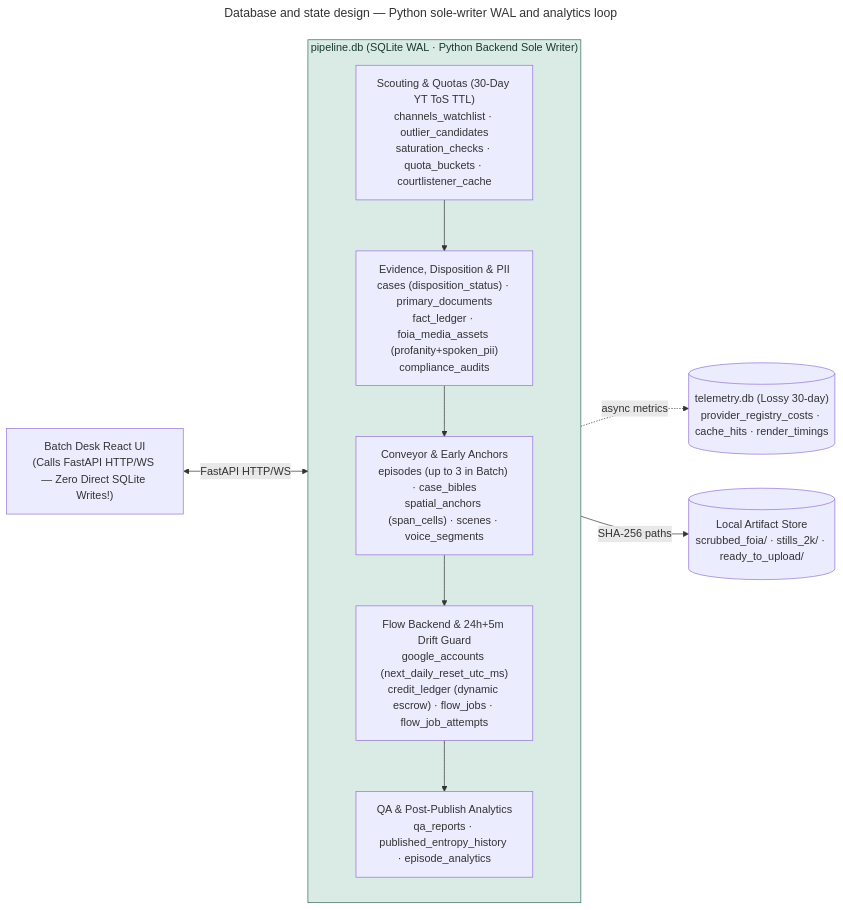
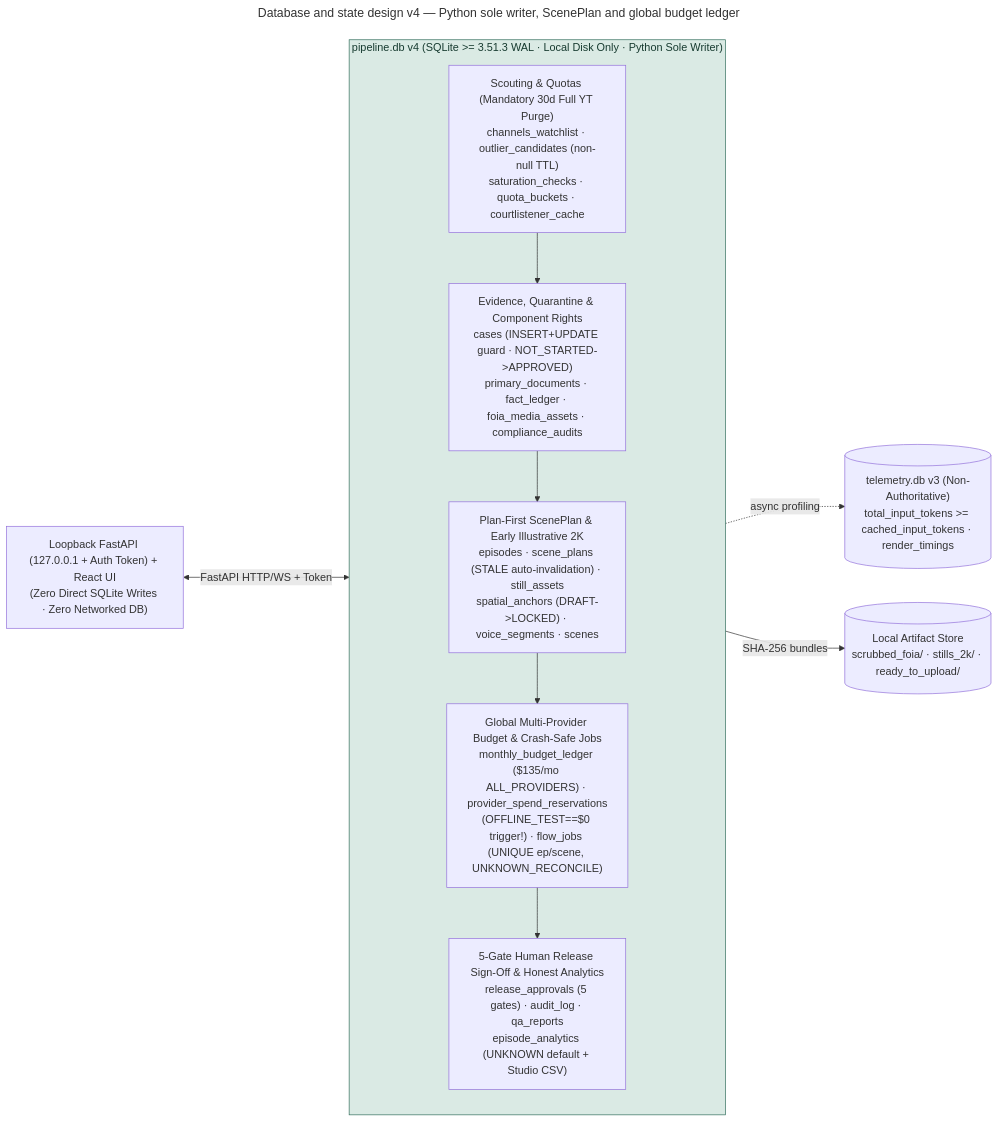
One commit to AyushGahtori/true-crime-pipeline changed the diagram in database-and-state-design.mmd. Above: the diagram before and after it, drawn with Mermaid. The commit also changed 26 other files, not shown here.

Commit message:
Harden v4 blueprint: offline-test zero-spend gate, global /mo ledger, WhisperX ASR, ScenePlan contract & wave merge runbook

```diff
--- a/database-and-state-design.mmd
+++ b/database-and-state-design.mmd
@@ -1,24 +1,24 @@
 ---
-title: Database and state design — Python sole-writer WAL and analytics loop
+title: Database and state design v4 — Python sole writer, ScenePlan and global budget ledger
 ---
 flowchart LR
-  subgraph PIPE["pipeline.db (SQLite WAL · Python Backend Sole Writer)"]
+  subgraph PIPE["pipeline.db v4 (SQLite >= 3.51.3 WAL · Local Disk Only · Python Sole Writer)"]
     direction TB
-    AG1["Scouting & Quotas (30-Day YT ToS TTL)<br/>channels_watchlist · outlier_candidates<br/>saturation_checks · quota_buckets · courtlistener_cache"]
-    AG23["Evidence, Disposition & PII<br/>cases (disposition_status) · primary_documents<br/>fact_ledger · foia_media_assets (profanity+spoken_pii)<br/>compliance_audits"]
-    EP["Conveyor & Early Anchors<br/>episodes (up to 3 in Batch) · case_bibles<br/>spatial_anchors (span_cells) · scenes · voice_segments"]
-    FLOW["Flow Backend & 24h+5m Drift Guard<br/>google_accounts (next_daily_reset_utc_ms)<br/>credit_ledger (dynamic escrow) · flow_jobs · flow_job_attempts"]
-    OUT["QA & Post-Publish Analytics<br/>qa_reports · published_entropy_history · episode_analytics"]
-    AG1 --> AG23 --> EP --> FLOW --> OUT
+    AG1["Scouting & Quotas (Mandatory 30d Full YT Purge)<br/>channels_watchlist · outlier_candidates (non-null TTL)<br/>saturation_checks · quota_buckets · courtlistener_cache"]
+    AG23["Evidence, Quarantine & Component Rights<br/>cases (INSERT+UPDATE guard · NOT_STARTED->APPROVED)<br/>primary_documents · fact_ledger · foia_media_assets · compliance_audits"]
+    EP["Plan-First ScenePlan & Early Illustrative 2K<br/>episodes · scene_plans (STALE auto-invalidation) · still_assets<br/>spatial_anchors (DRAFT->LOCKED) · voice_segments · scenes"]
+    BUD["Global Multi-Provider Budget & Crash-Safe Jobs<br/>monthly_budget_ledger ($135/mo ALL_PROVIDERS) · provider_spend_reservations<br/>(OFFLINE_TEST==$0 trigger!) · flow_jobs (UNIQUE ep/scene, UNKNOWN_RECONCILE)"]
+    OUT["5-Gate Human Release Sign-Off & Honest Analytics<br/>release_approvals (5 gates) · audit_log · qa_reports<br/>episode_analytics (UNKNOWN default + Studio CSV)"]
+    AG1 --> AG23 --> EP --> BUD --> OUT
   end
 
-  UI["Batch Desk React UI<br/>(Calls FastAPI HTTP/WS — Zero Direct SQLite Writes!)"]
-  TEL[("telemetry.db (Lossy 30-day)<br/>provider_registry_costs · cache_hits · render_timings")]
+  UI["Loopback FastAPI (127.0.0.1 + Auth Token) + React UI<br/>(Zero Direct SQLite Writes · Zero Networked DB)"]
+  TEL[("telemetry.db v3 (Non-Authoritative)<br/>total_input_tokens >= cached_input_tokens · render_timings")]
   CAS[("Local Artifact Store<br/>scrubbed_foia/ · stills_2k/ · ready_to_upload/")]
 
-  UI <-->|FastAPI HTTP/WS| PIPE
-  EP -.->|async metrics| TEL
-  OUT -->|SHA-256 paths| CAS
+  UI <-->|FastAPI HTTP/WS + Token| PIPE
+  EP -.->|async profiling| TEL
+  OUT -->|SHA-256 bundles| CAS
 
   classDef core fill:#daeae4,stroke:#316d5b,color:#173b30
   class PIPE core
```
